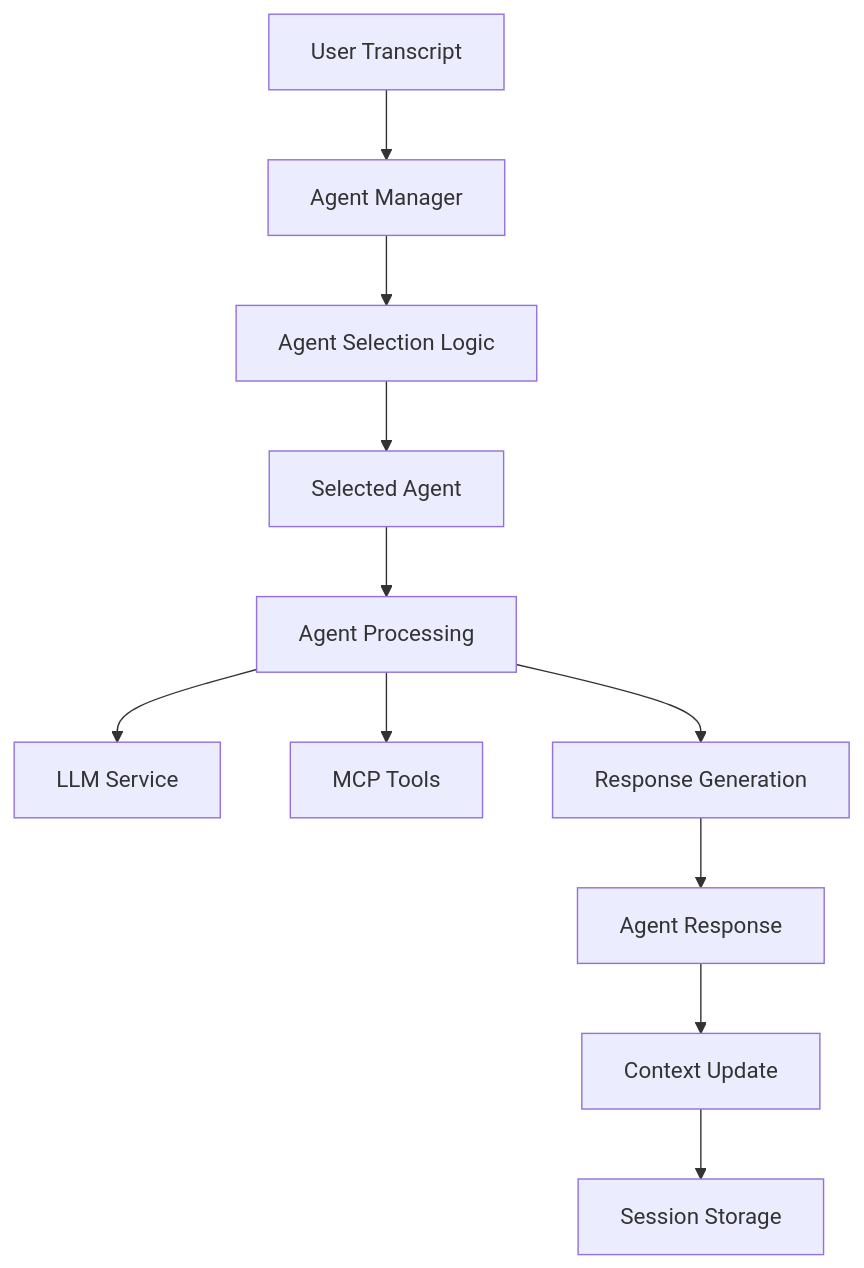
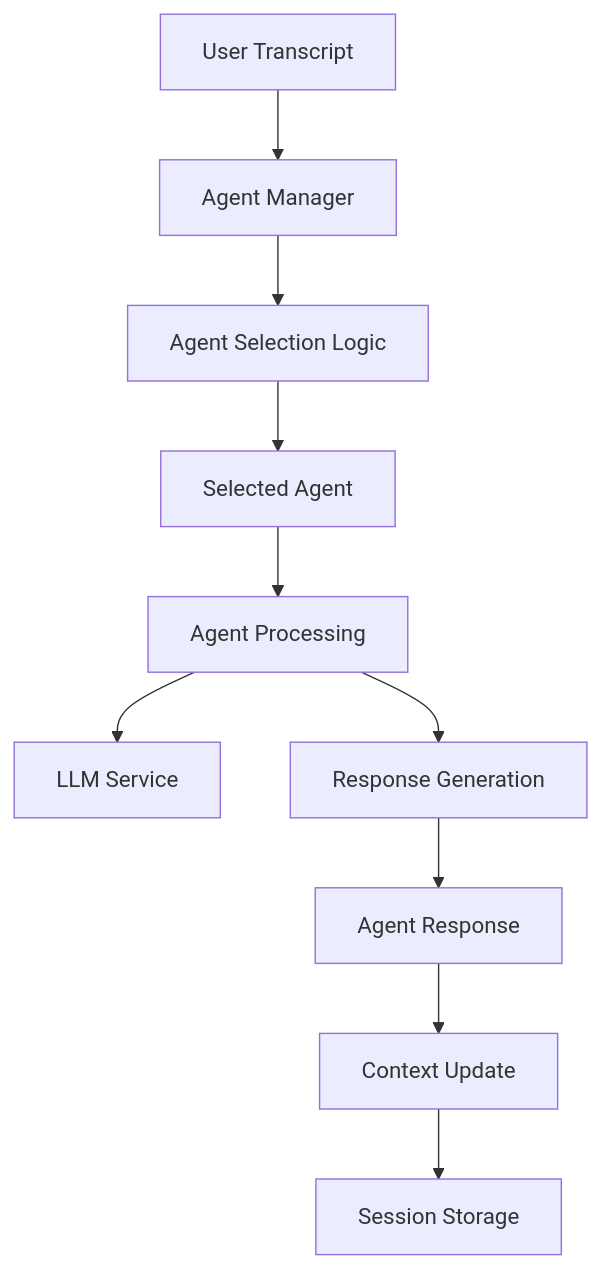
Before and after one commit to gabrielpreston/audio-orchestrator: the diagram in docs/architecture/agent_system.md, drawn with Mermaid. The commit also changed other lines of this file and 65 other files, not shown here.

First line of the commit message:
feat: remove MCP integration and implement REST API architecture

````diff
--- a/docs/architecture/agent_system.md
+++ b/docs/architecture/agent_system.md
@@ -17,13 +17,12 @@
 ```mermaid
 flowchart TD
     Transcript[User Transcript] --> AgentManager[Agent Manager]
     AgentManager --> AgentSelection[Agent Selection Logic]
     AgentSelection --> SelectedAgent[Selected Agent]
     SelectedAgent --> AgentProcessing[Agent Processing]
     AgentProcessing --> LLMService[LLM Service]
-    AgentProcessing --> MCPTools[MCP Tools]
     AgentProcessing --> ResponseGeneration[Response Generation]
     ResponseGeneration --> AgentResponse[Agent Response]
     AgentResponse --> ContextUpdate[Context Update]
     ContextUpdate --> SessionStorage[Session Storage]
 ```
````
